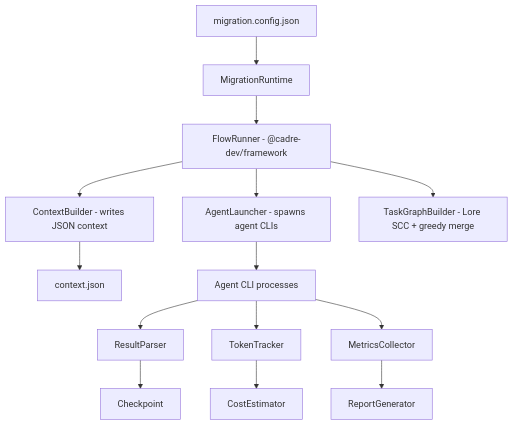
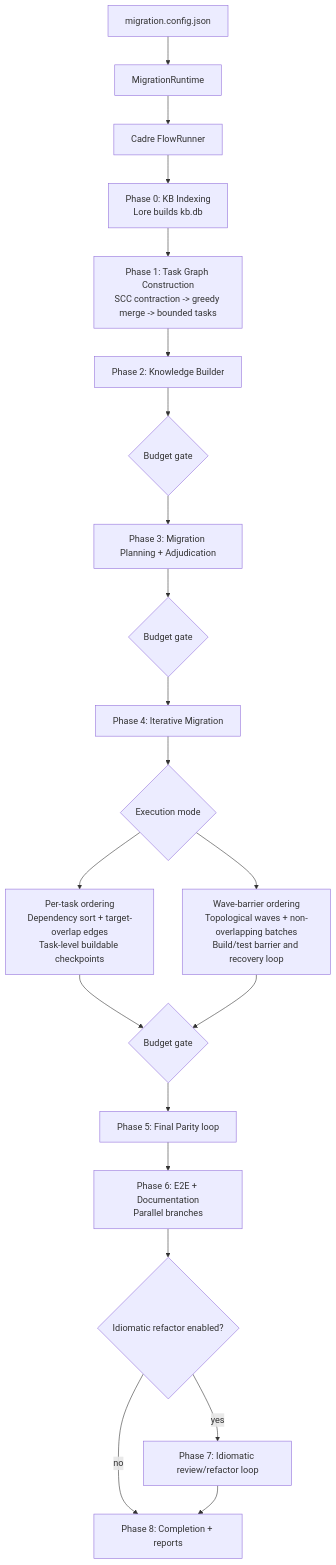
Before and after one commit to jafreck/AAMF: the first of 2 diagrams in README.md, drawn with Mermaid. The commit also changed other lines of this file, not shown here.

Commit message:
docs: visualize README pipeline with Mermaid

````diff
--- a/README.md
+++ b/README.md
@@ -50,20 +50,26 @@
 ```mermaid
 flowchart TD
      config["migration.config.json"] --> runtime["MigrationRuntime"]
-     runtime --> runner["FlowRunner - @cadre-dev/framework"]
+     runtime --> runner["Cadre FlowRunner"]
 
-     runner --> contextBuilder["ContextBuilder - writes JSON context"]
-     runner --> agentLauncher["AgentLauncher - spawns agent CLIs"]
-     runner --> taskGraph["TaskGraphBuilder - Lore SCC + greedy merge"]
+     runner --> phase0["Phase 0: KB Indexing\nLore builds kb.db"]
+     phase0 --> phase1["Phase 1: Task Graph Construction\nSCC contraction -> greedy merge -> bounded tasks"]
+     phase1 --> phase2["Phase 2: Knowledge Builder"]
+     phase2 --> gate2{"Budget gate"}
+     gate2 --> phase3["Phase 3: Migration Planning + Adjudication"]
+     phase3 --> gate3{"Budget gate"}
+     gate3 --> phase4["Phase 4: Iterative Migration"]
 
-     contextBuilder --> contextFile["context.json"]
-     agentLauncher --> agentCli["Agent CLI processes"]
+     phase4 --> mode{"Execution mode"}
+     mode --> perTask["Per-task ordering\nDependency sort + target-overlap edges\nTask-level buildable checkpoints"]
+     mode --> wave["Wave-barrier ordering\nTopological waves + non-overlapping batches\nBuild/test barrier and recovery loop"]
 
-     agentCli --> resultParser["ResultParser"]
-     agentCli --> tokenTracker["TokenTracker"]
-     agentCli --> metrics["MetricsCollector"]
-
-     resultParser --> checkpoint["Checkpoint"]
-     tokenTracker --> costEstimator["CostEstimator"]
-     metrics --> reportGenerator["ReportGenerator"]
+     perTask --> gate4{"Budget gate"}
+     wave --> gate4
+     gate4 --> phase5["Phase 5: Final Parity loop"]
+     phase5 --> phase6["Phase 6: E2E + Documentation\nParallel branches"]
+     phase6 --> idiomatic{"Idiomatic refactor enabled?"}
+     idiomatic -->|yes| phase7["Phase 7: Idiomatic review/refactor loop"]
+     idiomatic -->|no| phase8["Phase 8: Completion + reports"]
+     phase7 --> phase8
 ```
````
